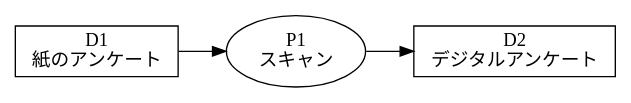
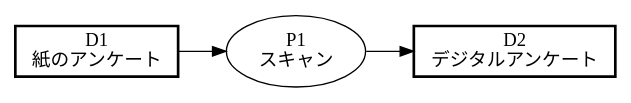
Before and after one commit to takasek/pfdsl: the fifth of 9 diagrams in docs/samples/README.md, drawn with Graphviz. The commit also changed other lines of this file and 20 other files, not shown here.

````diff
--- a/docs/samples/README.md
+++ b/docs/samples/README.md
@@ -160,13 +160,13 @@
 ```dot
 digraph PFDSL {
   rankdir=LR;
   newrank=true;
 
-  "D1" [shape=box, label="D1\n紙のアンケート", width=1.70];
-  "D2" [shape=box, label="D2\nデジタルアンケート", width=2.10];
+  "D1" [shape=box, label="D1\n紙のアンケート", width=1.70, penwidth="2"];
+  "D2" [shape=box, label="D2\nデジタルアンケート", width=2.10, penwidth="2"];
   "P1" [shape=ellipse, label="P1\nスキャン", width=1.10];
 
   "D1" -> "P1";
   "P1" -> "D2";
 }
 ```
````
